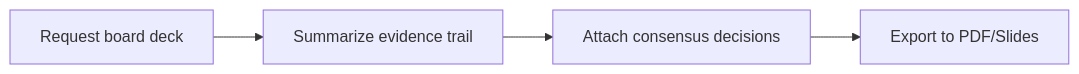
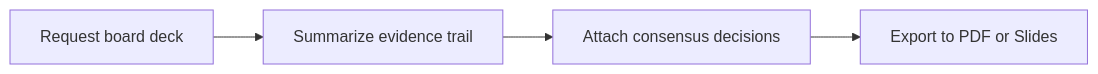
Before and after one commit to andiekobbietks/magentic-ui: diagram 11 of 13 in README.md, drawn with Mermaid. The commit also changed other lines of this file, not shown here.

Commit message:
docs: fix mermaid syntax and add before/after tables for personas

````diff
--- a/README.md
+++ b/README.md
@@ -237,6 +327,6 @@
-  ```mermaid
-  flowchart LR
+```mermaid
+flowchart LR
     A[Request board deck] --> B[Summarize evidence trail]
     B --> C[Attach consensus decisions]
-    C --> D[Export to PDF/Slides]
-  ```
+    C --> D[Export to PDF or Slides]
+```
````
